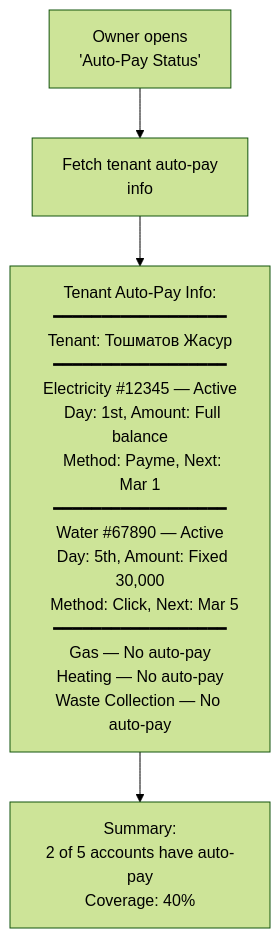
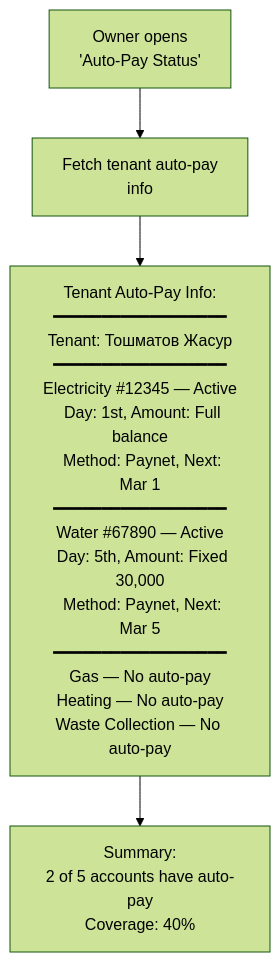
One commit to saodatm-dev/Utilities---Informational-Architecture changed the ninth of 10 diagrams in Utilities - Business Owner.md. Above: the diagram before and after it, drawn with Mermaid (forest theme). The commit also changed other lines of this file and 1 other file, not shown here.

Commit message:
feat: Introduce a dedicated owner payable bills section and streamline the business owner utility management flow by integrating payment details and removing a separate payment flow document.

````diff
--- a/Utilities - Business Owner.md
+++ b/Utilities - Business Owner.md
@@ -258,8 +269,8 @@
 ```mermaid
 flowchart TD
     AUTOPAY["Owner opens<br/>'Auto-Pay Status'"] --> LOAD["Fetch tenant auto-pay<br/>info"]
 
-    LOAD --> VIEW["Tenant Auto-Pay Info:<br/>━━━━━━━━━━━━━━━━━━<br/>Tenant: Тошматов Жасур<br/>━━━━━━━━━━━━━━━━━━<br/>Electricity #12345 — Active<br/>  Day: 1st, Amount: Full balance<br/>  Method: Payme, Next: Mar 1<br/>━━━━━━━━━━━━━━━━━━<br/>Water #67890 — Active<br/>  Day: 5th, Amount: Fixed 30,000<br/>  Method: Click, Next: Mar 5<br/>━━━━━━━━━━━━━━━━━━<br/>Gas — No auto-pay<br/>Heating — No auto-pay<br/>Waste Collection — No auto-pay"]
+    LOAD --> VIEW["Tenant Auto-Pay Info:<br/>━━━━━━━━━━━━━━━━━━<br/>Tenant: Тошматов Жасур<br/>━━━━━━━━━━━━━━━━━━<br/>Electricity #12345 — Active<br/>  Day: 1st, Amount: Full balance<br/>  Method: Paynet, Next: Mar 1<br/>━━━━━━━━━━━━━━━━━━<br/>Water #67890 — Active<br/>  Day: 5th, Amount: Fixed 30,000<br/>  Method: Paynet, Next: Mar 5<br/>━━━━━━━━━━━━━━━━━━<br/>Gas — No auto-pay<br/>Heating — No auto-pay<br/>Waste Collection — No auto-pay"]
 
     VIEW --> SUMMARY["Summary:<br/>2 of 5 accounts have auto-pay<br/>Coverage: 40%"]
 ```
````
